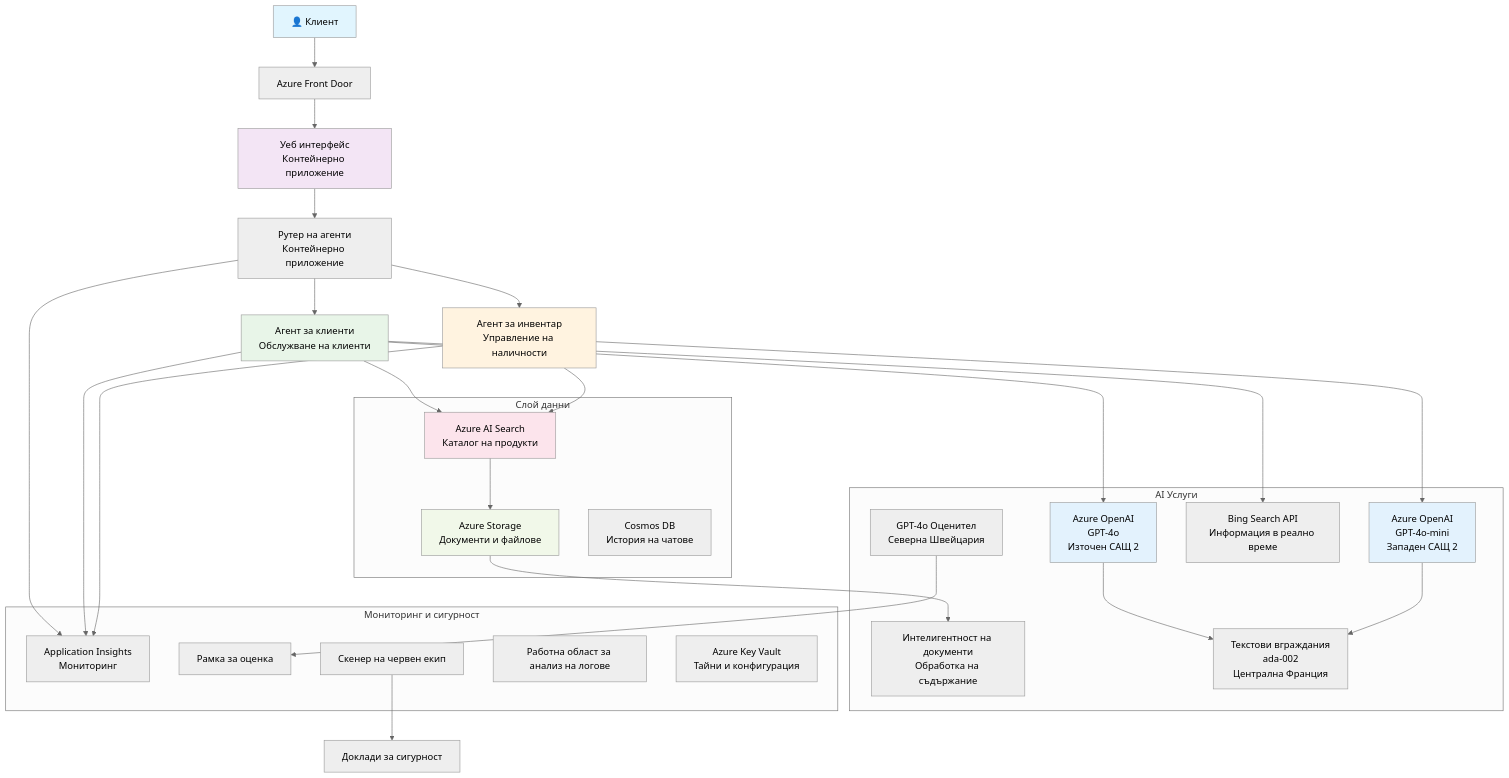
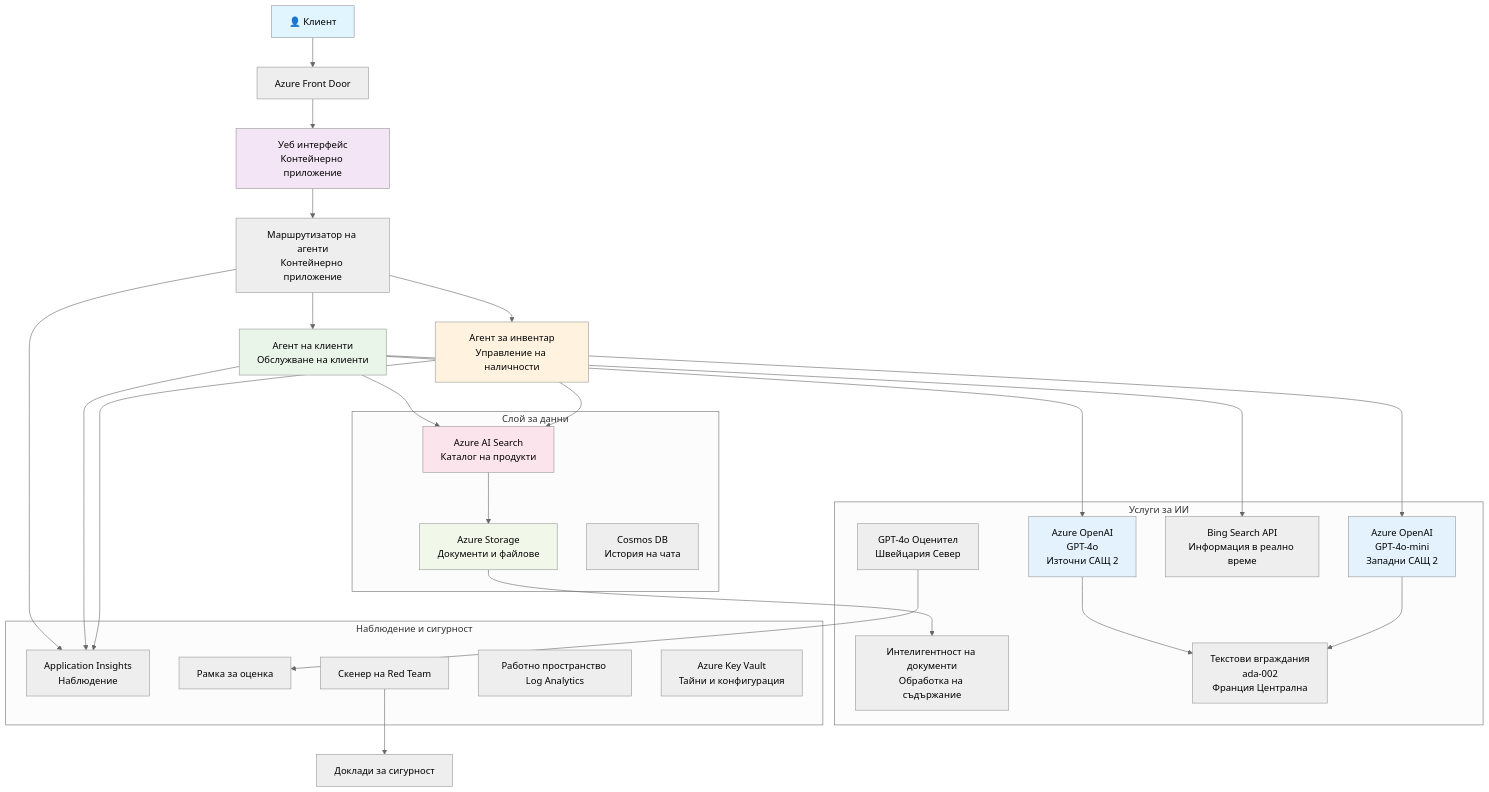
One commit to microsoft/AZD-for-beginners changed the diagram in translations/bg/examples/retail-scenario.md. Above: the diagram before and after it, drawn with Mermaid (neutral theme). The commit also changed other lines of this file and 242 other files, not shown here.

````diff
--- a/translations/bg/examples/retail-scenario.md
+++ b/translations/bg/examples/retail-scenario.md
@@ -148,61 +139,61 @@
 ```mermaid
 graph TB
     User[👤 Клиент] --> LB[Azure Front Door]
     LB --> WebApp[Уеб интерфейс<br/>Контейнерно приложение]
     
-    WebApp --> Router[Рутер на агенти<br/>Контейнерно приложение]
-    Router --> CustomerAgent[Агент за клиенти<br/>Обслужване на клиенти]
+    WebApp --> Router[Маршрутизатор на агенти<br/>Контейнерно приложение]
+    Router --> CustomerAgent[Агент на клиенти<br/>Обслужване на клиенти]
     Router --> InvAgent[Агент за инвентар<br/>Управление на наличности]
     
-    CustomerAgent --> OpenAI1[Azure OpenAI<br/>GPT-4o<br/>Източен САЩ 2]
-    InvAgent --> OpenAI2[Azure OpenAI<br/>GPT-4o-mini<br/>Западен САЩ 2]
+    CustomerAgent --> OpenAI1[Azure OpenAI<br/>GPT-4o<br/>Източни САЩ 2]
+    InvAgent --> OpenAI2[Azure OpenAI<br/>GPT-4o-mini<br/>Западни САЩ 2]
     
     CustomerAgent --> AISearch[Azure AI Search<br/>Каталог на продукти]
     CustomerAgent --> BingSearch[Bing Search API<br/>Информация в реално време]
     InvAgent --> AISearch
     
     AISearch --> Storage[Azure Storage<br/>Документи и файлове]
     Storage --> DocIntel[Интелигентност на документи<br/>Обработка на съдържание]
     
-    OpenAI1 --> Embeddings[Текстови вграждания<br/>ada-002<br/>Централна Франция]
+    OpenAI1 --> Embeddings[Текстови вграждания<br/>ada-002<br/>Франция Централна]
     OpenAI2 --> Embeddings
     
-    Router --> AppInsights[Application Insights<br/>Мониторинг]
+    Router --> AppInsights[Application Insights<br/>Наблюдение]
     CustomerAgent --> AppInsights
     InvAgent --> AppInsights
     
-    GraderModel[GPT-4o Оценител<br/>Северна Швейцария] --> Evaluation[Рамка за оценка]
-    RedTeam[Скенер на червен екип] --> SecurityReports[Доклади за сигурност]
+    GraderModel[GPT-4o Оценител<br/>Швейцария Север] --> Evaluation[Рамка за оценка]
+    RedTeam[Скенер на Red Team] --> SecurityReports[Доклади за сигурност]
     
-    subgraph "Слой данни"
+    subgraph "Слой за данни"
         Storage
         AISearch
-        CosmosDB[Cosmos DB<br/>История на чатове]
+        CosmosDB[Cosmos DB<br/>История на чата]
     end
     
-    subgraph "AI Услуги"
+    subgraph "Услуги за ИИ"
         OpenAI1
         OpenAI2
         Embeddings
         GraderModel
         DocIntel
         BingSearch
     end
     
-    subgraph "Мониторинг и сигурност"
+    subgraph "Наблюдение и сигурност"
         AppInsights
-        LogAnalytics[Работна област за анализ на логове]
+        LogAnalytics[Работно пространство Log Analytics]
         KeyVault[Azure Key Vault<br/>Тайни и конфигурация]
         RedTeam
         Evaluation
     end
     
     style User fill:#e1f5fe
     style WebApp fill:#f3e5f5
     style CustomerAgent fill:#e8f5e8
     style InvAgent fill:#fff3e0
     style OpenAI1 fill:#e3f2fd
     style OpenAI2 fill:#e3f2fd
     style AISearch fill:#fce4ec
     style Storage fill:#f1f8e9
 ```
````
